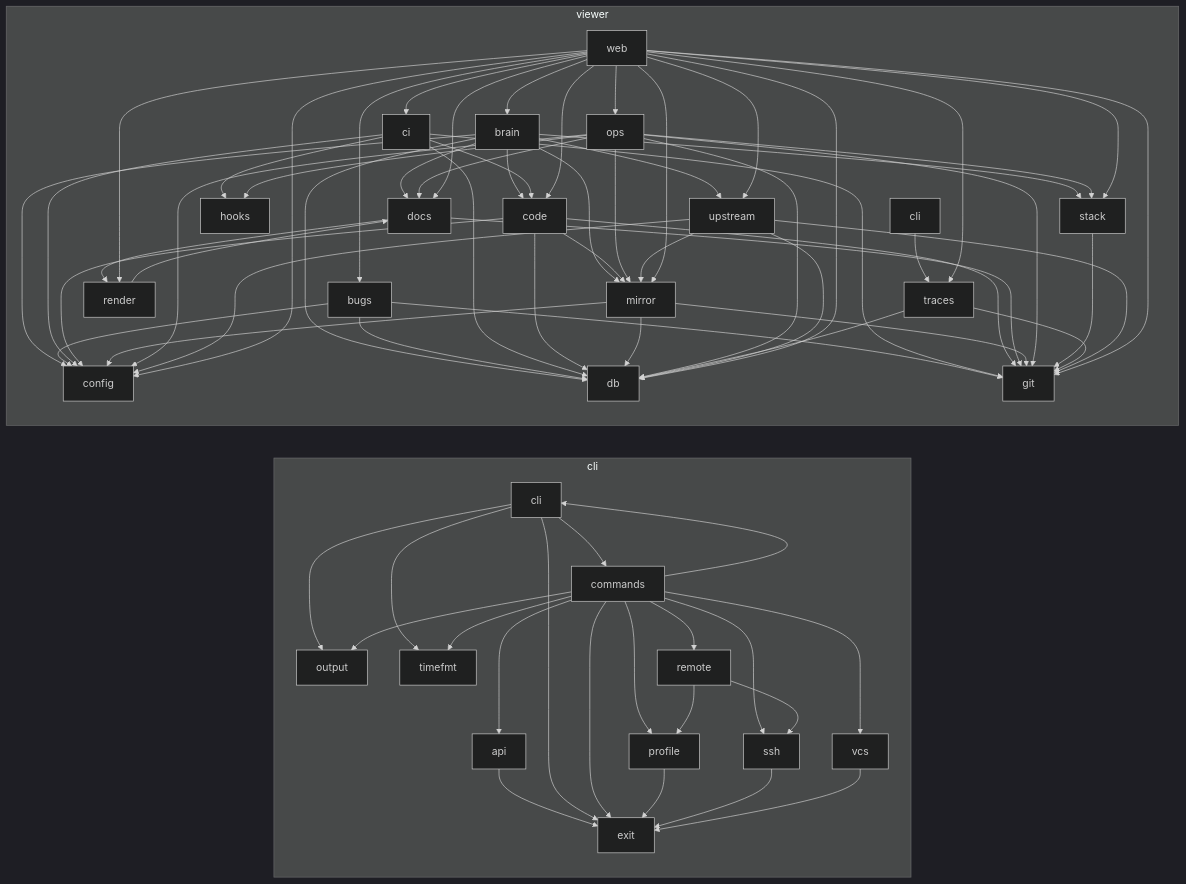
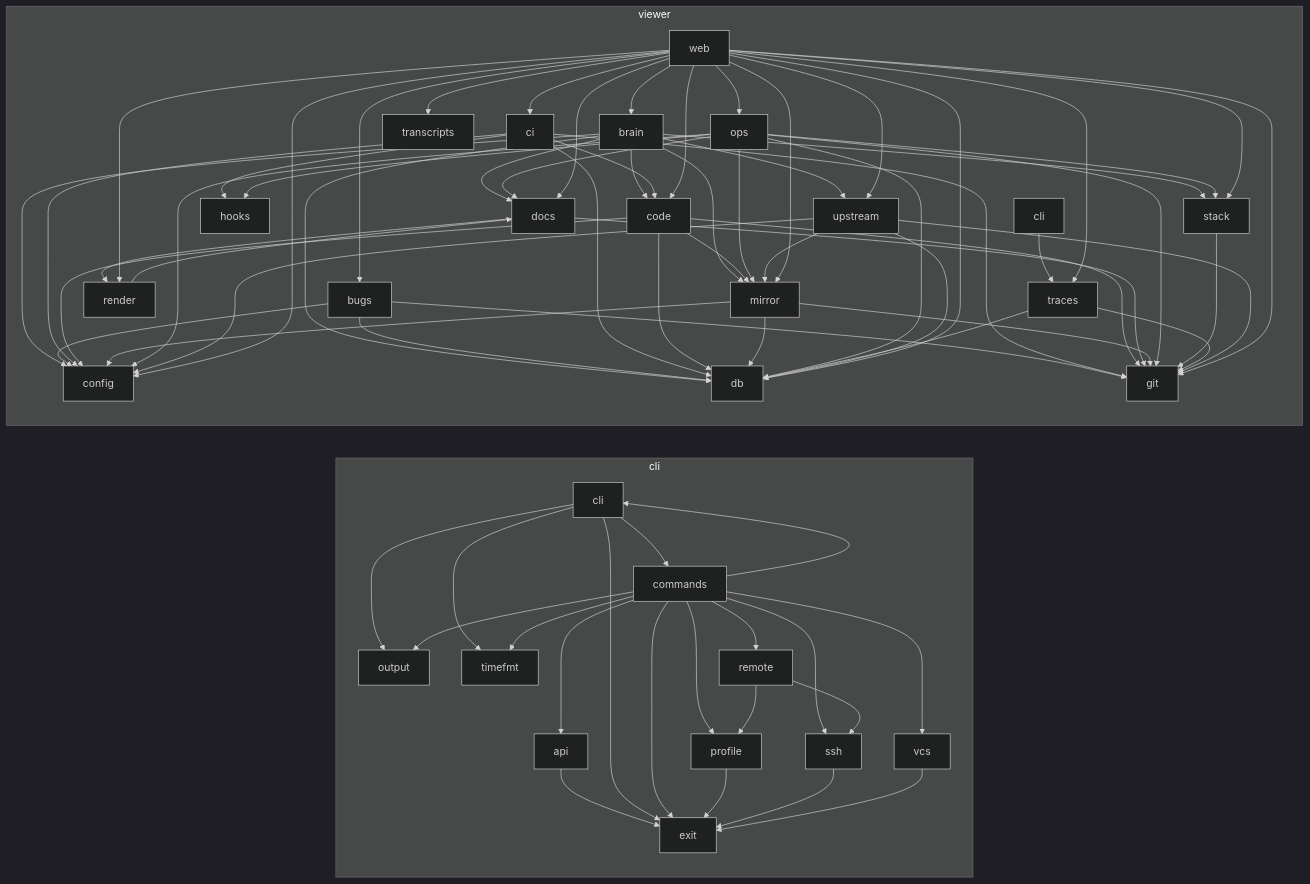
One commit to matthiasdebernardini/nashcode changed the second of 2 diagrams in ARCHITECTURE.md. Above: the diagram before and after it, drawn with Mermaid (dark theme). The commit also changed 29 other files, not shown here.

````diff
--- a/ARCHITECTURE.md
+++ b/ARCHITECTURE.md
@@ -86,6 +86,7 @@
     viewer_render[render]
     viewer_stack[stack]
     viewer_traces[traces]
+    viewer_transcripts[transcripts]
     viewer_upstream[upstream]
     viewer_web[web]
   end
@@ -142,5 +143,6 @@
   viewer_web --> viewer_render
   viewer_web --> viewer_stack
   viewer_web --> viewer_traces
+  viewer_web --> viewer_transcripts
   viewer_web --> viewer_upstream
 ```
````
